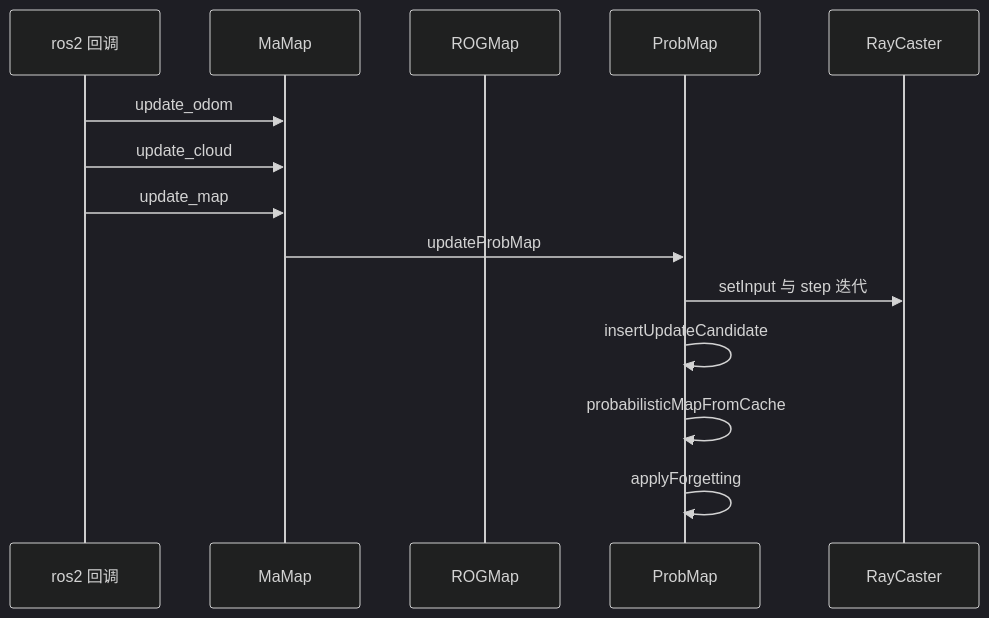
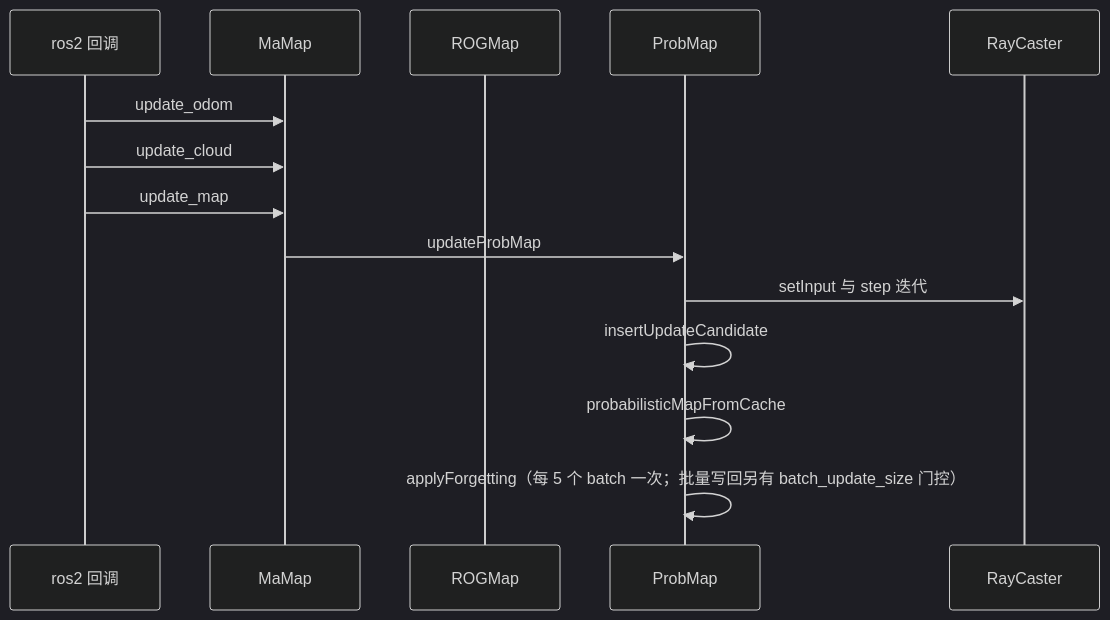
Before and after one commit to YD07-xyt/MA_Nav: the second of 5 diagrams in docs/nav/map/流程图.md, drawn with Mermaid (dark theme). The commit also changed other lines of this file and 107 other files, not shown here.

````diff
--- a/docs/nav/map/流程图.md
+++ b/docs/nav/map/流程图.md
@@ -52,16 +52,16 @@
 ```mermaid
 sequenceDiagram
     participant ROS as ros2 回调
     participant MM as MaMap
     participant RM as ROGMap
     participant PM as ProbMap
     participant RC as RayCaster
     ROS->>MM: update_odom
     ROS->>MM: update_cloud
     ROS->>MM: update_map
     MM->>PM: updateProbMap
     PM->>RC: setInput 与 step 迭代
     PM->>PM: insertUpdateCandidate
     PM->>PM: probabilisticMapFromCache
-    PM->>PM: applyForgetting
+    PM->>PM: applyForgetting（每 5 个 batch 一次；批量写回另有 batch_update_size 门控）
 ```
````
